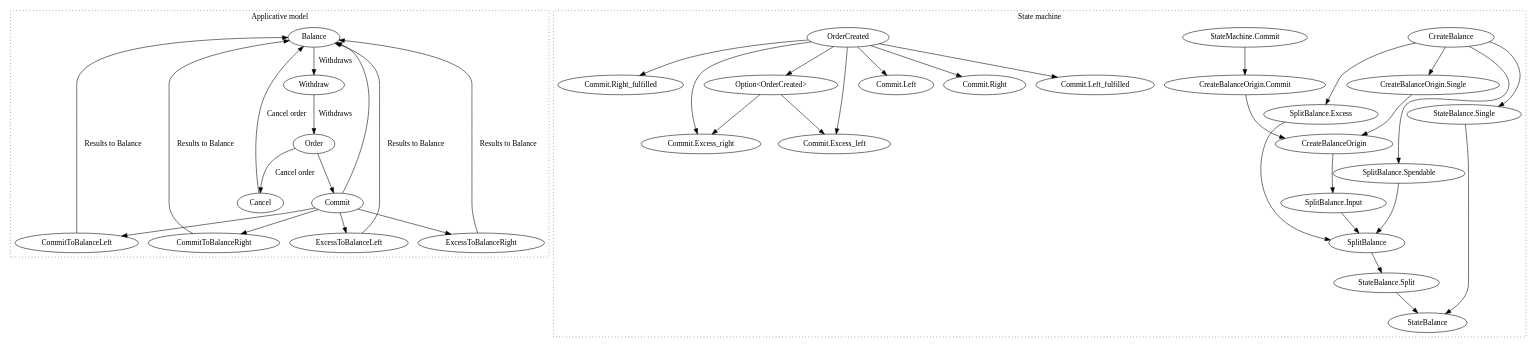
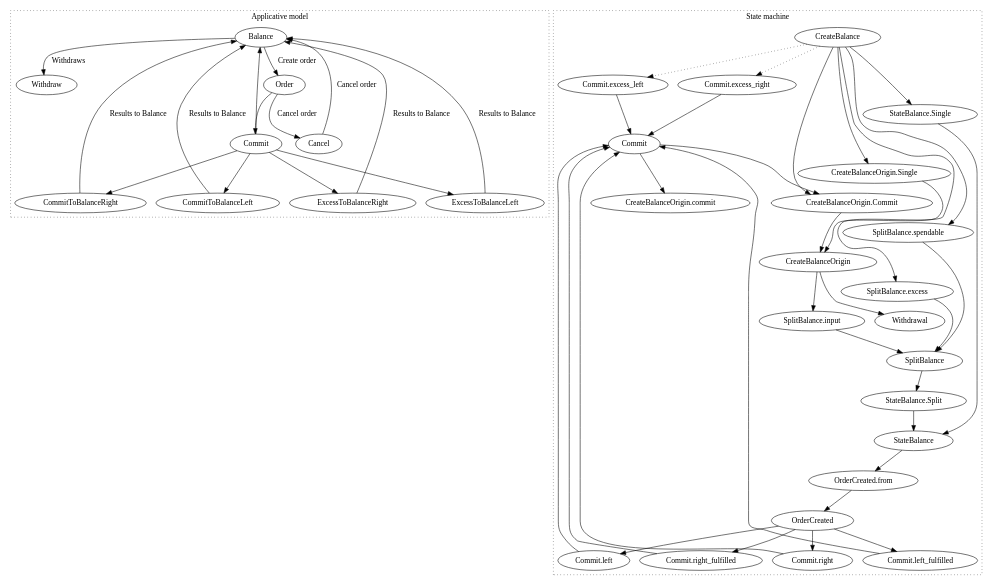
The diagram in diagrams/applicative-and-state-machine.dot (fluidity-money/passport.superposition.so), drawn with Graphviz before and after one commit. The commit also changed 2 other files, not shown here.

Commit message:
Update diagram

```diff
--- a/diagrams/applicative-and-state-machine.dot
+++ b/diagrams/applicative-and-state-machine.dot
@@ -1,49 +1,52 @@
 digraph {
   rankdir=TD
   subgraph cluster_Applicative { label="Applicative model"; style=dotted
-    Balance -> Withdraw -> Order [label="Withdraws"]
+    Balance -> Withdraw [label="Withdraws"]
+    Balance -> Order [label="Create order"]
     Order -> Cancel -> Balance [label="Cancel order"]
     Order -> Commit -> {
       {
         CommitToBalanceLeft
         CommitToBalanceRight
         ExcessToBalanceLeft
         ExcessToBalanceRight
       } -> Balance [label="Results to Balance"]
     }
   }
   subgraph cluster_StateMachine { label="State machine"; style=dotted
-    CreateBalance -> "CreateBalanceOrigin.Single"
-    "StateMachine.Commit" -> "CreateBalanceOrigin.Commit"
-    {
+    "StateMachine.commit" [label="Commit"]
+    "StateMachine.commit" -> "CreateBalanceOrigin.commit"
+    CreateBalance -> {
       "CreateBalanceOrigin.Single"
       "CreateBalanceOrigin.Commit"
+    } -> CreateBalanceOrigin -> "SplitBalance.input" -> SplitBalance
+    CreateBalance -> {
+      "SplitBalance.spendable"
+      "SplitBalance.excess"
     }
-      -> CreateBalanceOrigin
-      -> "SplitBalance.Input"
-      "SplitBalance.Input"
-    "CreateBalance" -> "SplitBalance.Spendable"
-    "CreateBalance" -> "SplitBalance.Excess"
     {
-      "SplitBalance.Spendable"
-      "SplitBalance.Excess"
-      "SplitBalance.Input"
-    } -> "SplitBalance"
-    SplitBalance -> "StateBalance.Split"
-    CreateBalance -> "StateBalance.Single"
+      "SplitBalance.spendable"
+      "SplitBalance.excess"
+    } -> SplitBalance -> "StateBalance.Split" -> StateBalance
+    CreateBalanceOrigin -> Withdrawal
+    CreateBalance -> "StateBalance.Single" -> StateBalance -> "OrderCreated.from" -> OrderCreated -> {
+      "Commit.left"
+      "Commit.right"
+      "Commit.left_fulfilled"
+      "Commit.right_fulfilled"
+    }
+    CreateBalance -> {
+      "Commit.excess_left"
+      "Commit.excess_right"
+    } [style=dotted]
     {
-      "StateBalance.Split"
-      "StateBalance.Single"
-    } -> "StateBalance"
-    "OrderCreated" -> {
-      "Commit.Left"
-      "Commit.Right"
-      "Commit.Left_fulfilled"
-      "Commit.Right_fulfilled"
-      "Option<OrderCreated>" -> {
-        "Commit.Excess_left"
-        "Commit.Excess_right"
-      }
-    }
+      "Commit.left"
+      "Commit.right"
+      "Commit.left_fulfilled"
+      "Commit.right_fulfilled"
+      "Commit.excess_left"
+      "Commit.excess_right"
+    } -> "StateMachine.commit"
+    "StateMachine.commit" -> "CreateBalanceOrigin.Commit"
   }
 }
```
